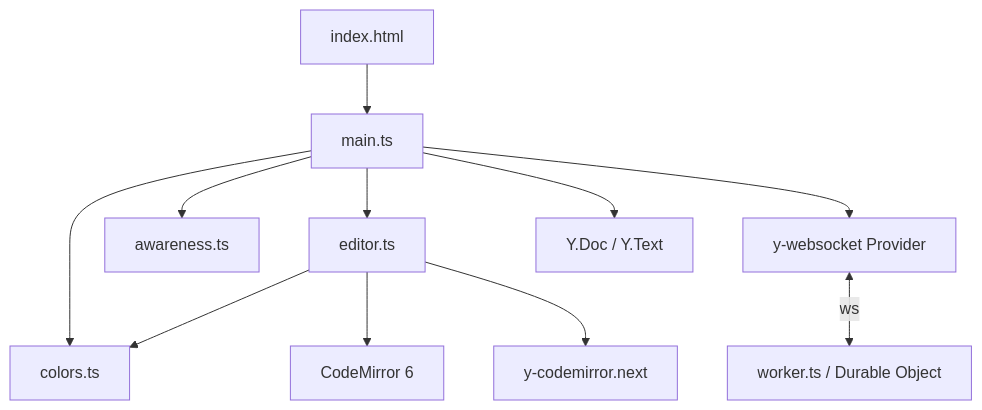
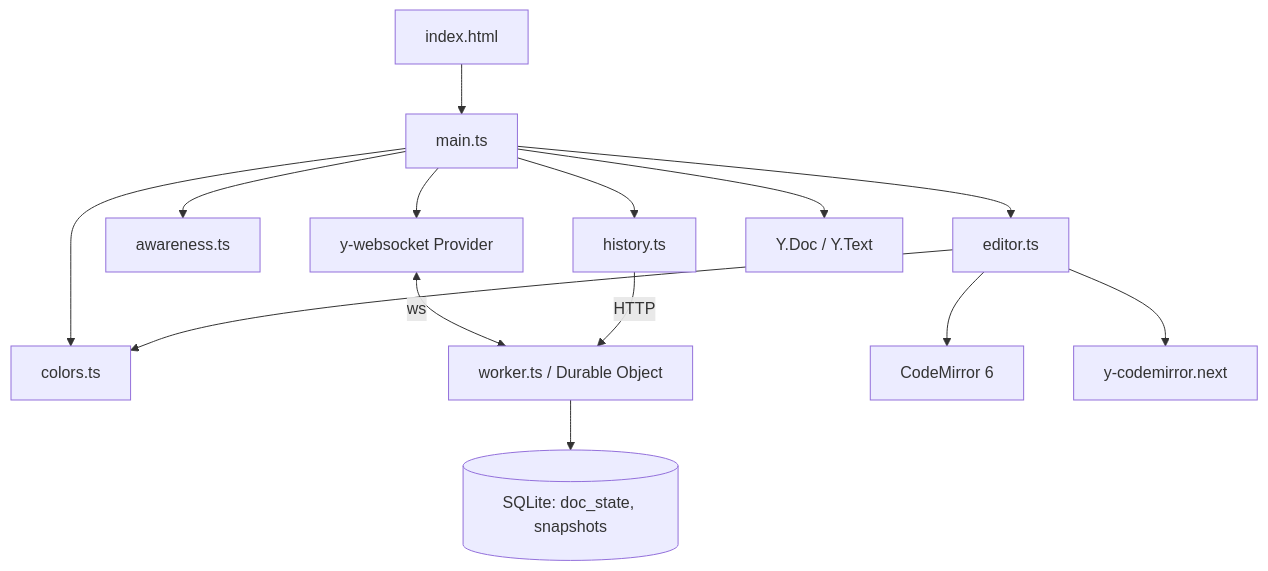
Before and after one commit to am/shake-gently: the second of 2 diagrams in README.md, drawn with Mermaid. The commit also changed other lines of this file and 5 other files, not shown here.

````diff
--- a/README.md
+++ b/README.md
@@ -78,13 +90,16 @@
 ```mermaid
 graph TD
     HTML[index.html] --> main[main.ts]
     main --> editor[editor.ts]
     main --> awareness[awareness.ts]
     main --> colors[colors.ts]
+    main --> history[history.ts]
     editor --> colors
     main --> provider[y-websocket Provider]
     provider <-->|ws| worker[worker.ts / Durable Object]
+    history -->|HTTP| worker
+    worker --> sqlite[(SQLite: doc_state, snapshots)]
     main --> ydoc[Y.Doc / Y.Text]
     editor --> cm[CodeMirror 6]
     editor --> ycollab[y-codemirror.next]
 ```
````
